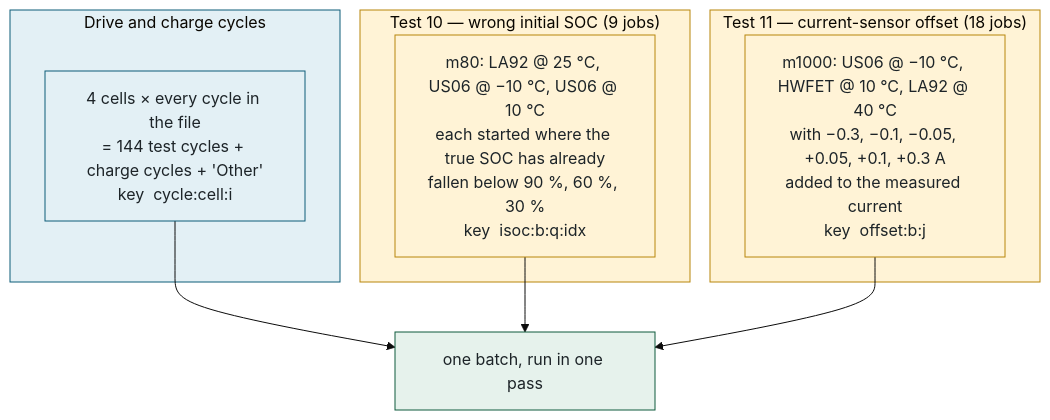
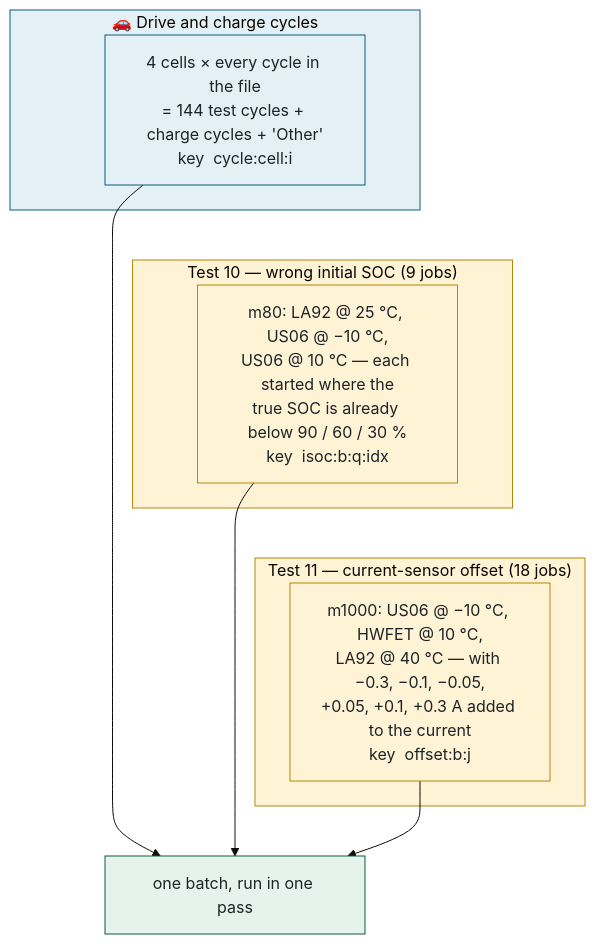
The fourth of 6 diagrams in docs/walkthrough/05-the-evaluation-engine-running-the-model.md (McMaster-Battery-Research-Group/battery-soc-benchmark), drawn with Mermaid (base theme) before and after one commit. The commit also changed other lines of this file and 10 other files, not shown here.

Commit message:
Walkthrough: every diagram now fits GitHub's content column (no scaling), larger timeline fonts, bigger logos

````diff
--- a/docs/walkthrough/05-the-evaluation-engine-running-the-model.md
+++ b/docs/walkthrough/05-the-evaluation-engine-running-the-model.md
@@ -82,24 +65,25 @@
 ```mermaid
 flowchart TB
-    subgraph CYC["Drive and charge cycles"]
+    subgraph CYC["🚗 Drive and charge cycles"]
         A["4 cells × every cycle in the file<br/>= 144 test cycles + charge cycles + 'Other'<br/>key  cycle:cell:i"]
     end
     subgraph ISOC["Test 10 — wrong initial SOC (9 jobs)"]
-        B["m80: LA92 @ 25 °C, US06 @ −10 °C, US06 @ 10 °C<br/>each started where the true SOC has already<br/>fallen below 90 %, 60 %, 30 %<br/>key  isoc:b:q:idx"]
+        B["m80: LA92 @ 25 °C, US06 @ −10 °C,<br/>US06 @ 10 °C — each started where the<br/>true SOC is already below 90 / 60 / 30 %<br/>key  isoc:b:q:idx"]
     end
     subgraph OFF["Test 11 — current-sensor offset (18 jobs)"]
-        C["m1000: US06 @ −10 °C, HWFET @ 10 °C, LA92 @ 40 °C<br/>with −0.3, −0.1, −0.05, +0.05, +0.1, +0.3 A<br/>added to the measured current<br/>key  offset:b:j"]
+        C["m1000: US06 @ −10 °C, HWFET @ 10 °C,<br/>LA92 @ 40 °C — with −0.3, −0.1, −0.05,<br/>+0.05, +0.1, +0.3 A added to the current<br/>key  offset:b:j"]
     end
+    A ~~~ B ~~~ C
     A --> BATCH["one batch, run in one pass"]
     B --> BATCH
     C --> BATCH
     style CYC fill:#E3F0F5,stroke:#0D5D78
     style ISOC fill:#FFF3D6,stroke:#B8860B
     style OFF fill:#FFF3D6,stroke:#B8860B
     classDef data fill:#E3F0F5,stroke:#0D5D78,color:#1d2428
     classDef worker fill:#FFF3D6,stroke:#B8860B,color:#1d2428
     classDef sandbox fill:#E6F2EC,stroke:#0E5B3D,color:#1d2428
     class A data
     class B,C worker
     class BATCH sandbox
 ```
````
